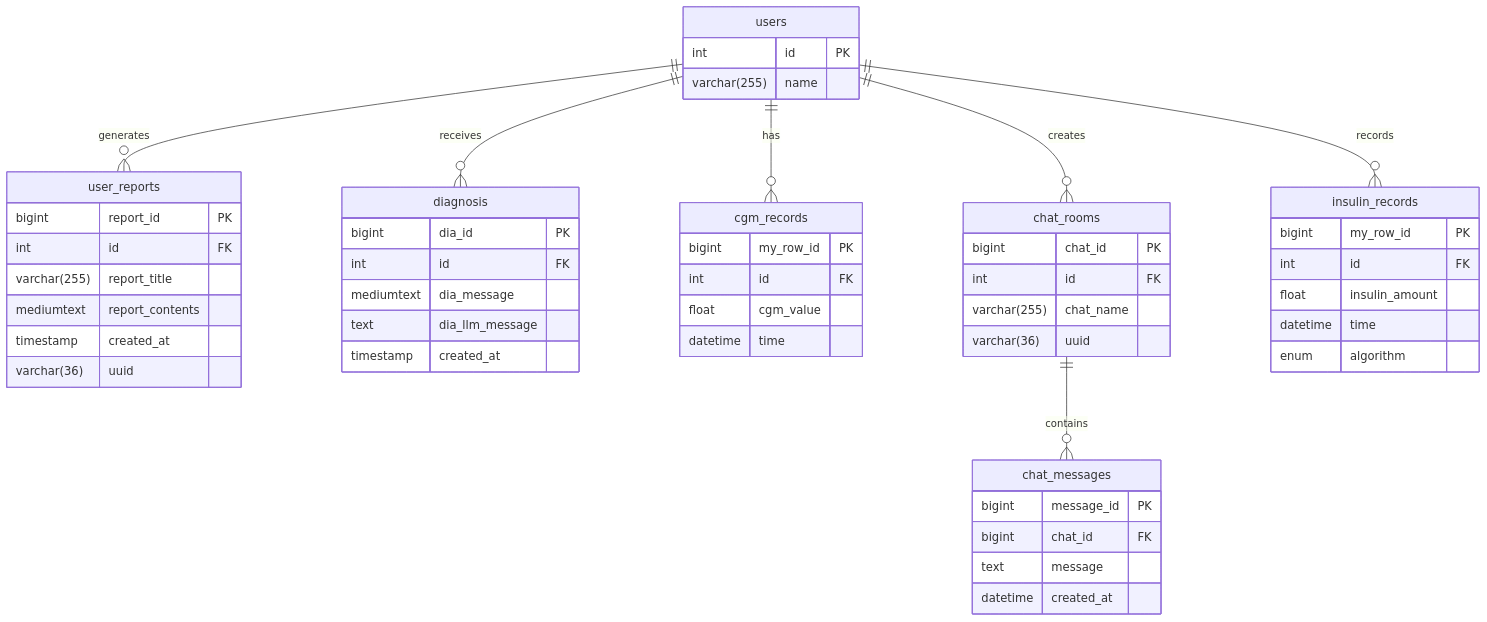
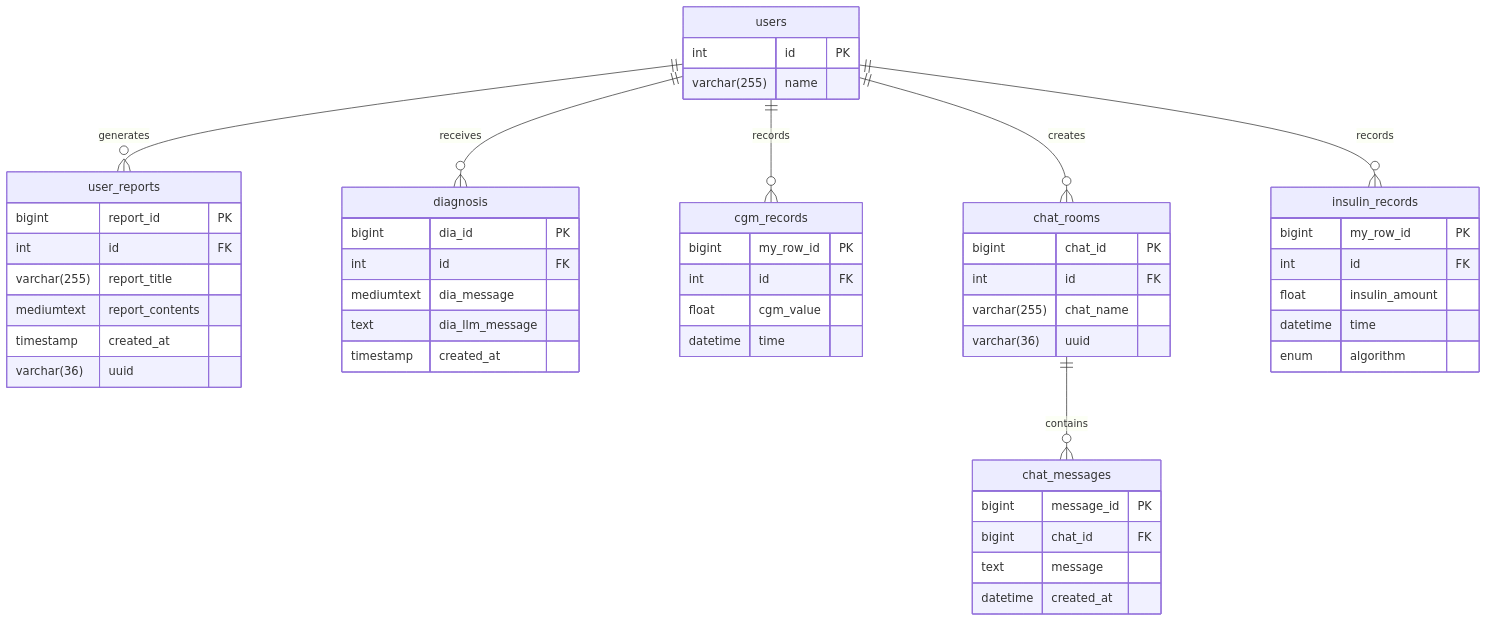
One commit to GlucoBeatProject/GlucoBeatProject changed the diagram in README.md. Above: the diagram before and after it, drawn with Mermaid. The commit also changed other lines of this file, not shown here.

````diff
--- a/README.md
+++ b/README.md
@@ -100,60 +100,60 @@
 ```mermaid
 erDiagram
     users {
         int id PK
         varchar(255) name
     }
     
     user_reports {
         bigint report_id PK
         int id FK
         varchar(255) report_title
         mediumtext report_contents
         timestamp created_at
         varchar(36) uuid
     }
     
     diagnosis {
         bigint dia_id PK
         int id FK
         mediumtext dia_message
         text dia_llm_message
         timestamp created_at
     }
     
     cgm_records {
         bigint my_row_id PK
         int id FK
         float cgm_value
         datetime time
     }
     
     chat_rooms {
         bigint chat_id PK
         int id FK
         varchar(255) chat_name
         varchar(36) uuid
     }
     
     insulin_records {
         bigint my_row_id PK
         int id FK
         float insulin_amount
         datetime time
         enum algorithm
     }
     
     chat_messages {
         bigint message_id PK
         bigint chat_id FK
         text message
         datetime created_at
     }
     
     users ||--o{ user_reports : "generates"
     users ||--o{ diagnosis : "receives"
-    users ||--o{ cgm_records : "has"
+    users ||--o{ cgm_records : "records"
     users ||--o{ chat_rooms : "creates"
     users ||--o{ insulin_records : "records"
     chat_rooms ||--o{ chat_messages : "contains"
 ```
````
